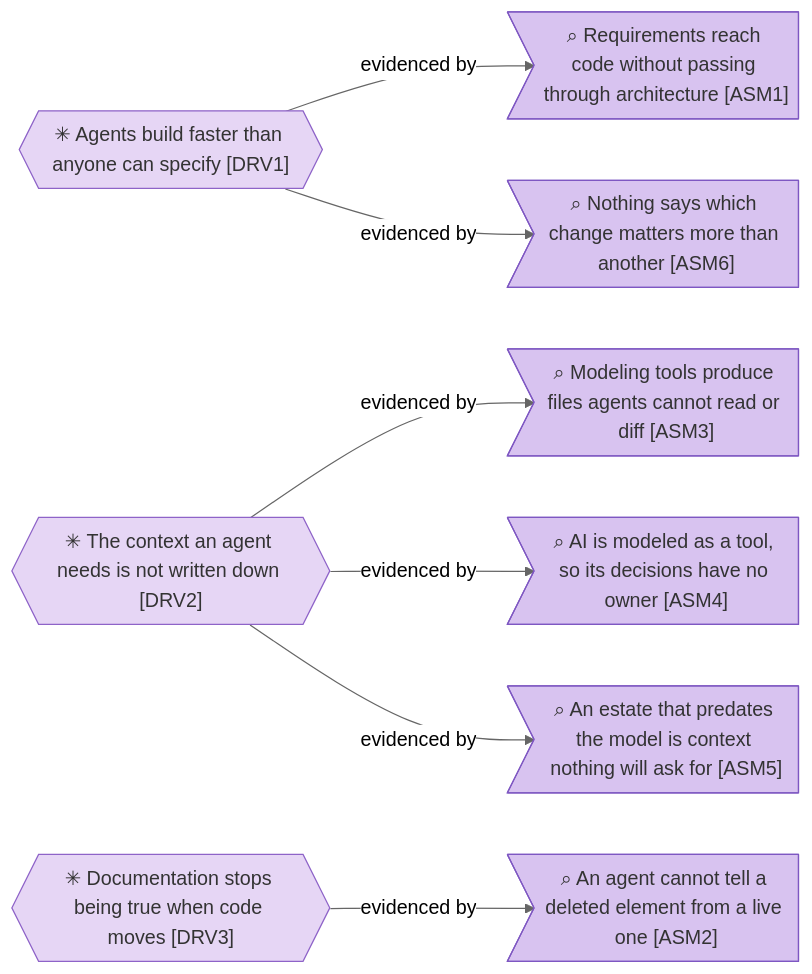
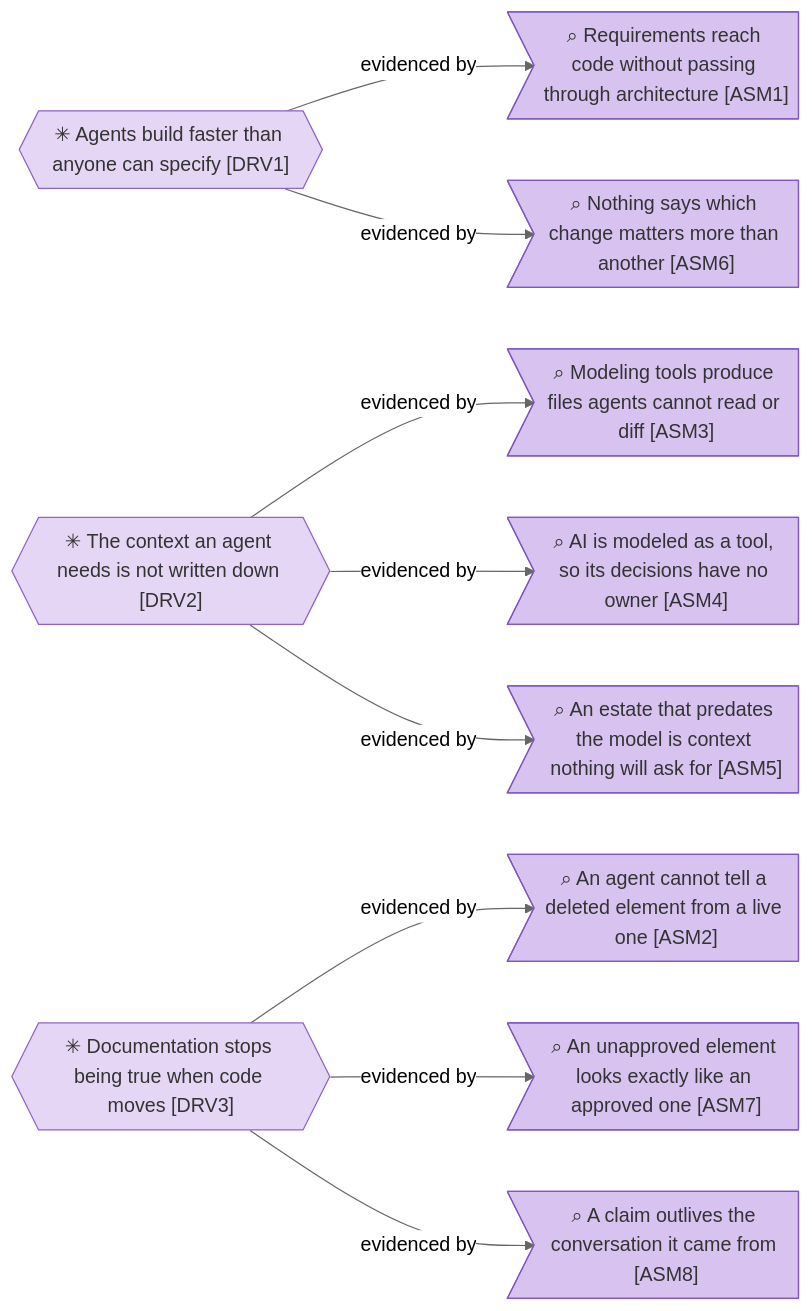
Before and after one commit to roanboc/architecture-archreator: the third of 4 diagrams in product-archreator/architecture/1_strategy/1_motivation.md, drawn with Mermaid (neutral theme). The commit also changed other lines of this file and 39 other files, not shown here.

````diff
--- a/product-archreator/architecture/1_strategy/1_motivation.md
+++ b/product-archreator/architecture/1_strategy/1_motivation.md
@@ -93,23 +95,27 @@
 ```mermaid
 flowchart LR
   drv1{{"✳ Agents build faster than anyone can specify [DRV1]"}}:::driver
   drv2{{"✳ The context an agent needs is not written down [DRV2]"}}:::driver
   drv3{{"✳ Documentation stops being true when code moves [DRV3]"}}:::driver
 
   asm1>"⌕ Requirements reach code without passing through architecture [ASM1]"]:::assessment
   asm2>"⌕ An agent cannot tell a deleted element from a live one [ASM2]"]:::assessment
   asm3>"⌕ Modeling tools produce files agents cannot read or diff [ASM3]"]:::assessment
   asm4>"⌕ AI is modeled as a tool, so its decisions have no owner [ASM4]"]:::assessment
   asm5>"⌕ An estate that predates the model is context nothing will ask for [ASM5]"]:::assessment
   asm6>"⌕ Nothing says which change matters more than another [ASM6]"]:::assessment
+  asm7>"⌕ An unapproved element looks exactly like an approved one [ASM7]"]:::assessment
+  asm8>"⌕ A claim outlives the conversation it came from [ASM8]"]:::assessment
 
   drv1 -->|evidenced by| asm1
   drv1 -->|evidenced by| asm6
   drv2 -->|evidenced by| asm3
   drv2 -->|evidenced by| asm4
   drv2 -->|evidenced by| asm5
   drv3 -->|evidenced by| asm2
+  drv3 -->|evidenced by| asm7
+  drv3 -->|evidenced by| asm8
 
   classDef driver fill:#e6d6f5,stroke:#8e63c8,color:#333
   classDef assessment fill:#d8c3f0,stroke:#7e57c2,color:#333
 ```
````
